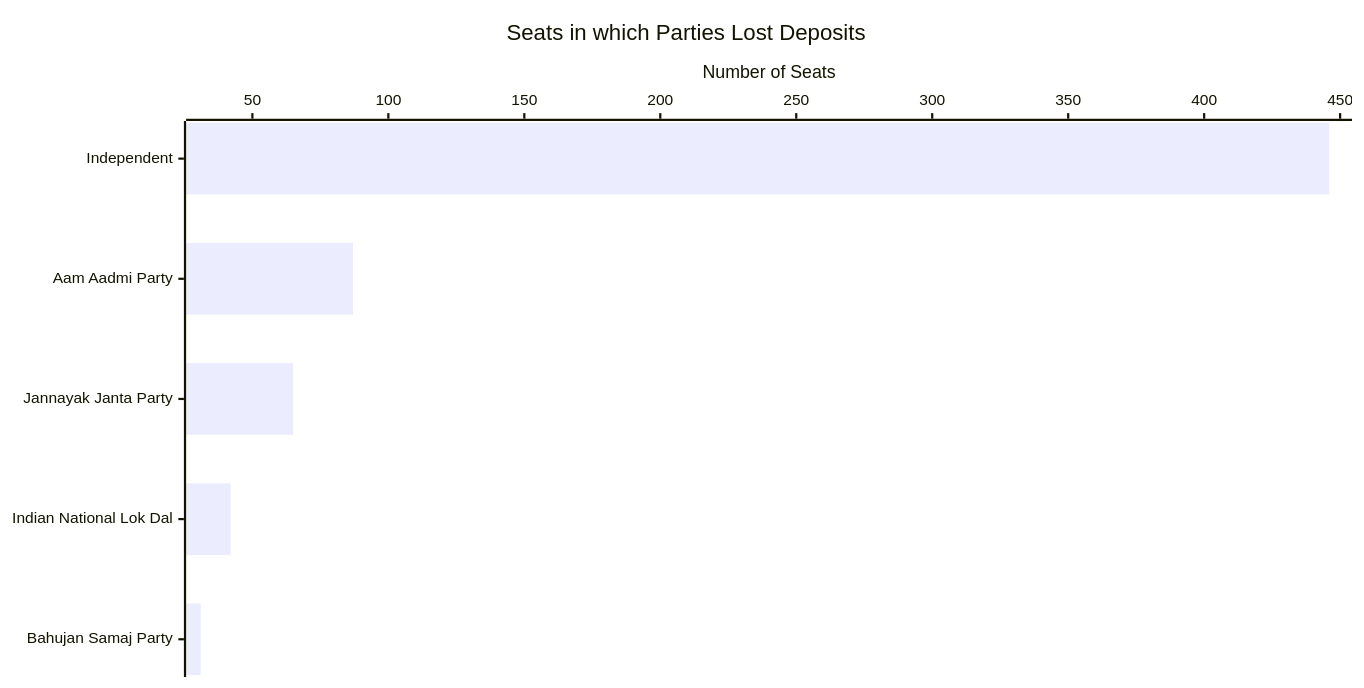
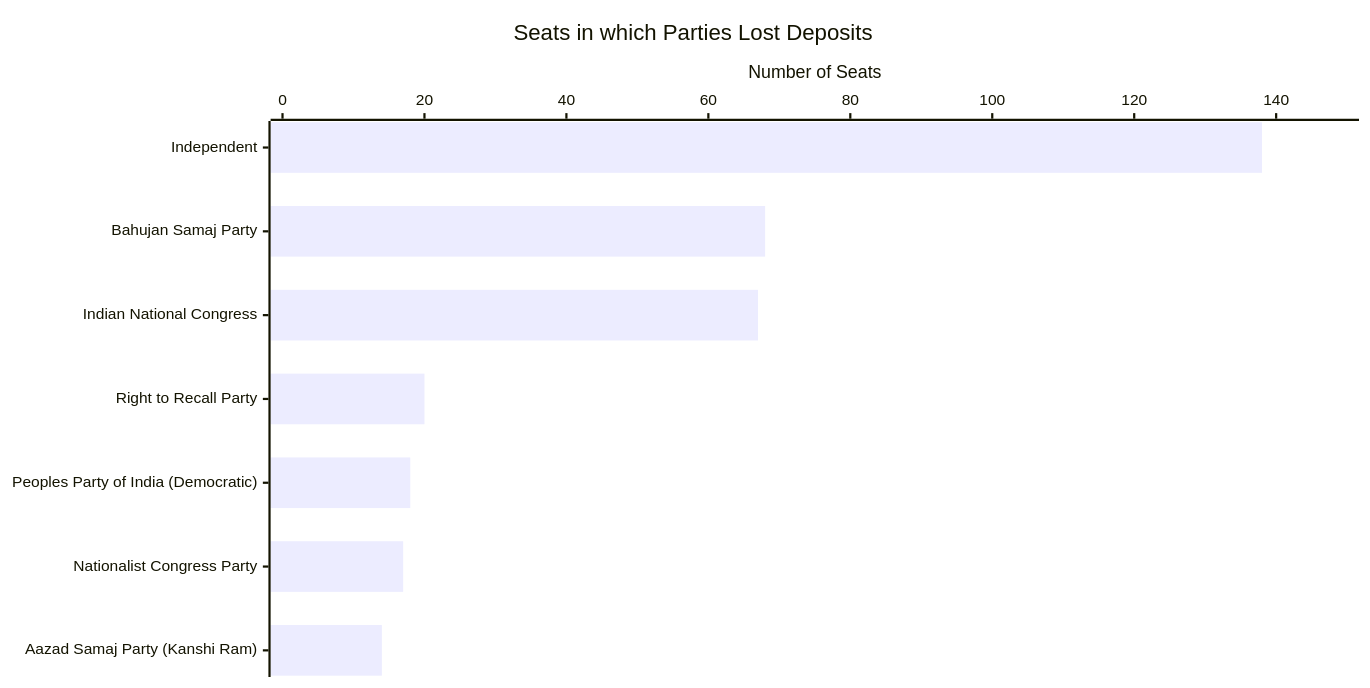
Diagram 15 of 19 in NEWDELHI-GRAPH.md (arjunswaj/elections), drawn with Mermaid before and after one commit. The commit also changed other lines of this file, not shown here.

Commit message:
Updating the Graphical format

````diff
--- a/NEWDELHI-GRAPH.md
+++ b/NEWDELHI-GRAPH.md
@@ -270,14 +273,14 @@
 ```mermaid
 ---
 config:
     xyChart:
         width: 1200
         height: 600
         chartOrientation: horizontal
 ---
 xychart-beta
     title "Seats in which Parties Lost Deposits"
-    x-axis ["Independent", "Aam Aadmi Party", "Jannayak Janta Party", "Indian National Lok Dal", "Bahujan Samaj Party"]
-    y-axis "Number of Seats" 30 --> 450
-    bar [446, 87, 65, 42, 31]
+    x-axis ["Independent", "Bahujan Samaj Party", "Indian National Congress", "Right to Recall Party", "Peoples Party of India (Democratic)", "Nationalist Congress Party", "Aazad Samaj Party (Kanshi Ram)"]
+    y-axis "Number of Seats" 0 --> 150
+    bar [138, 68, 67, 20, 18, 17, 14]
 ```
````
